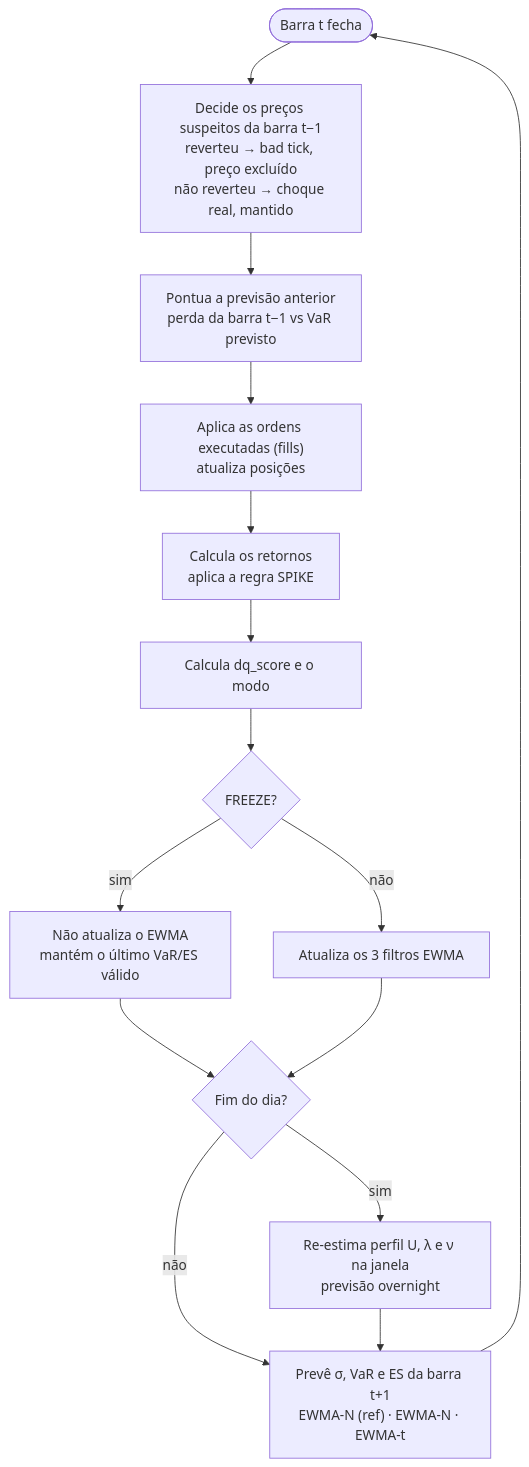
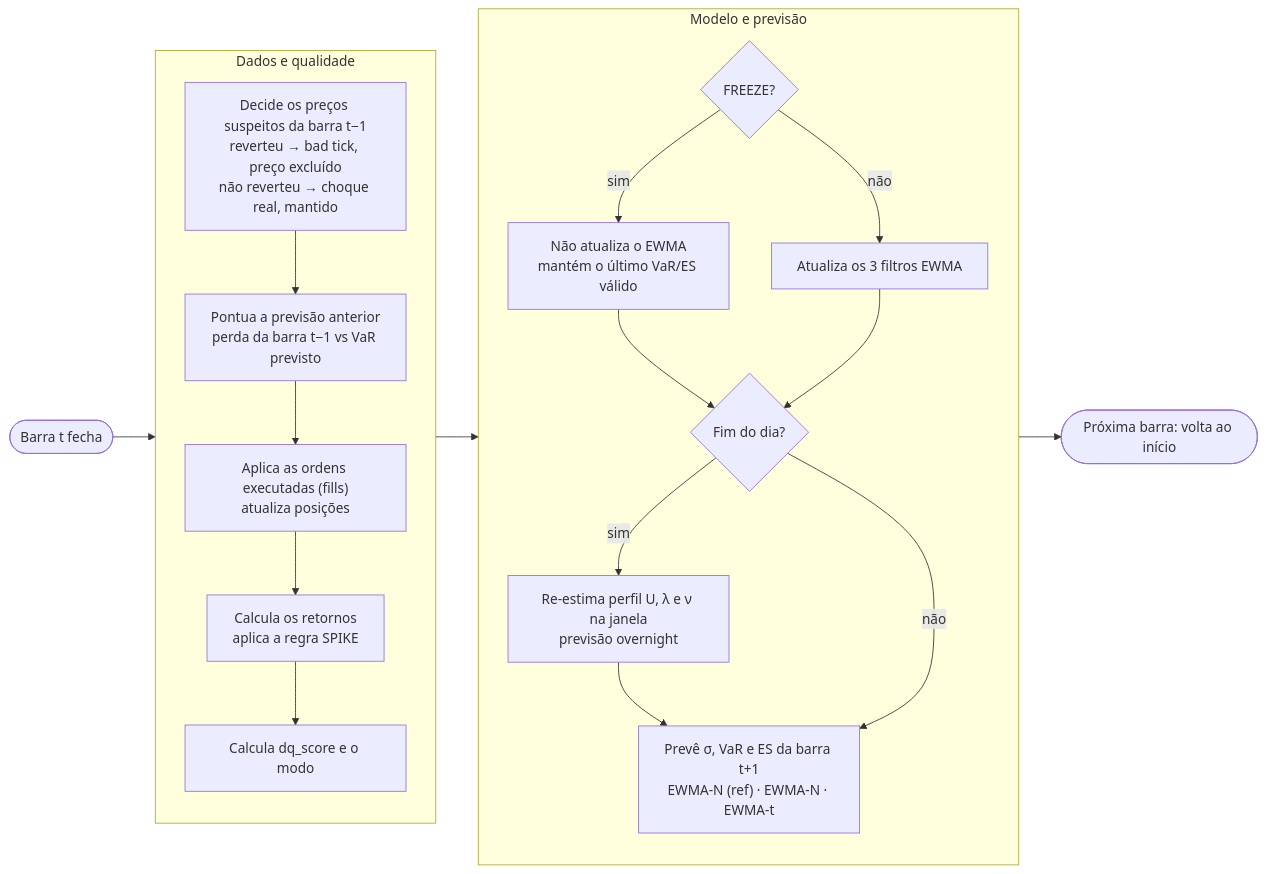
Before and after one commit to gustavoscardino/intraday-risk-engine: the diagram in architecture/03_ciclo_15min.mmd, drawn with Mermaid. The commit also changed 19 other files, not shown here.

Commit message:
all architectures

```diff
--- a/architecture/03_ciclo_15min.mmd
+++ b/architecture/03_ciclo_15min.mmd
@@ -1,15 +1,29 @@
-flowchart TD
-    A([Barra t fecha]) --> B["Decide os preços suspeitos da barra t−1<br/>reverteu → bad tick, preço excluído<br/>não reverteu → choque real, mantido"]
-    B --> C["Pontua a previsão anterior<br/>perda da barra t−1 vs VaR previsto"]
-    C --> D["Aplica as ordens executadas (fills)<br/>atualiza posições"]
-    D --> E["Calcula os retornos<br/>aplica a regra SPIKE"]
-    E --> F["Calcula dq_score e o modo"]
-    F --> G{FREEZE?}
-    G -- sim --> H["Não atualiza o EWMA<br/>mantém o último VaR/ES válido"]
-    G -- não --> I["Atualiza os 3 filtros EWMA"]
-    H --> J{Fim do dia?}
-    I --> J
-    J -- sim --> K["Re-estima perfil U, λ e ν na janela<br/>previsão overnight"]
-    J -- não --> L
-    K --> L["Prevê σ, VaR e ES da barra t+1<br/>EWMA-N (ref) · EWMA-N · EWMA-t"]
-    L --> A
+flowchart LR
+    A([Barra t fecha])
+
+    subgraph Dados["Dados e qualidade"]
+        direction TB
+        B["Decide os preços suspeitos da barra t−1<br/>reverteu → bad tick, preço excluído<br/>não reverteu → choque real, mantido"]
+        C["Pontua a previsão anterior<br/>perda da barra t−1 vs VaR previsto"]
+        D["Aplica as ordens executadas (fills)<br/>atualiza posições"]
+        E["Calcula os retornos<br/>aplica a regra SPIKE"]
+        F["Calcula dq_score e o modo"]
+        B --> C --> D --> E --> F
+    end
+
+    subgraph Modelo["Modelo e previsão"]
+        direction TB
+        G{FREEZE?}
+        H["Não atualiza o EWMA<br/>mantém o último VaR/ES válido"]
+        I["Atualiza os 3 filtros EWMA"]
+        J{Fim do dia?}
+        K["Re-estima perfil U, λ e ν na janela<br/>previsão overnight"]
+        L["Prevê σ, VaR e ES da barra t+1<br/>EWMA-N (ref) · EWMA-N · EWMA-t"]
+        G -- sim --> H --> J
+        G -- não --> I --> J
+        J -- sim --> K --> L
+        J -- não --> L
+    end
+
+    Z([Próxima barra: volta ao início])
+    A --> Dados --> Modelo --> Z
```
